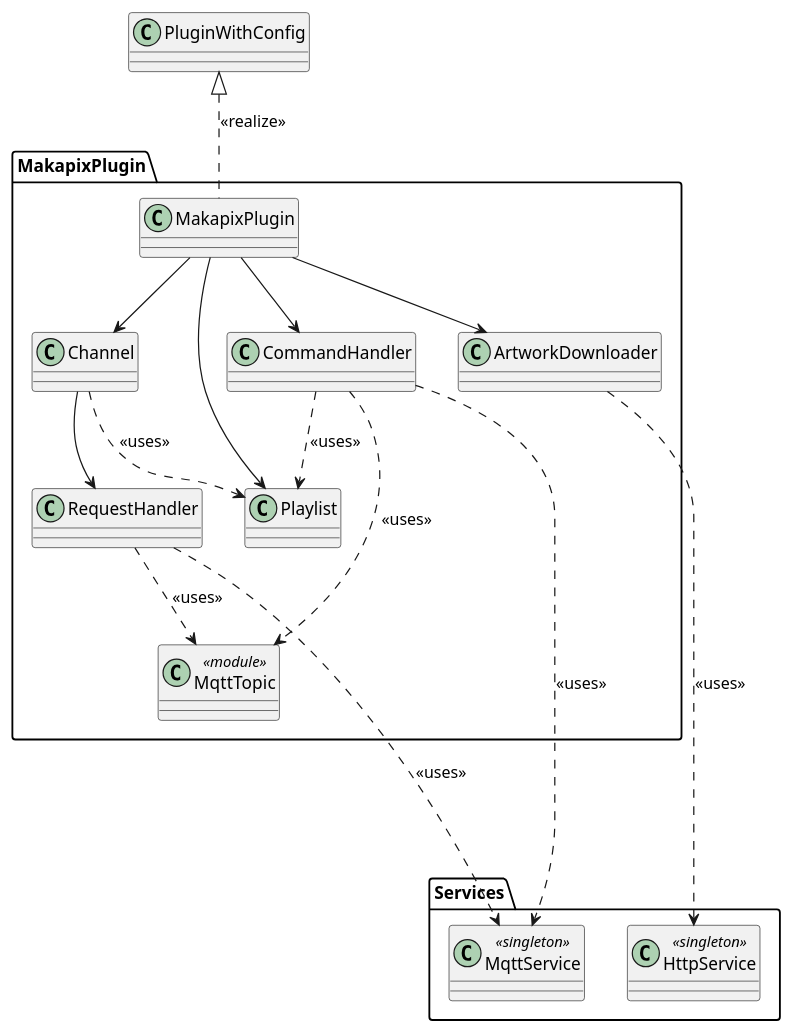
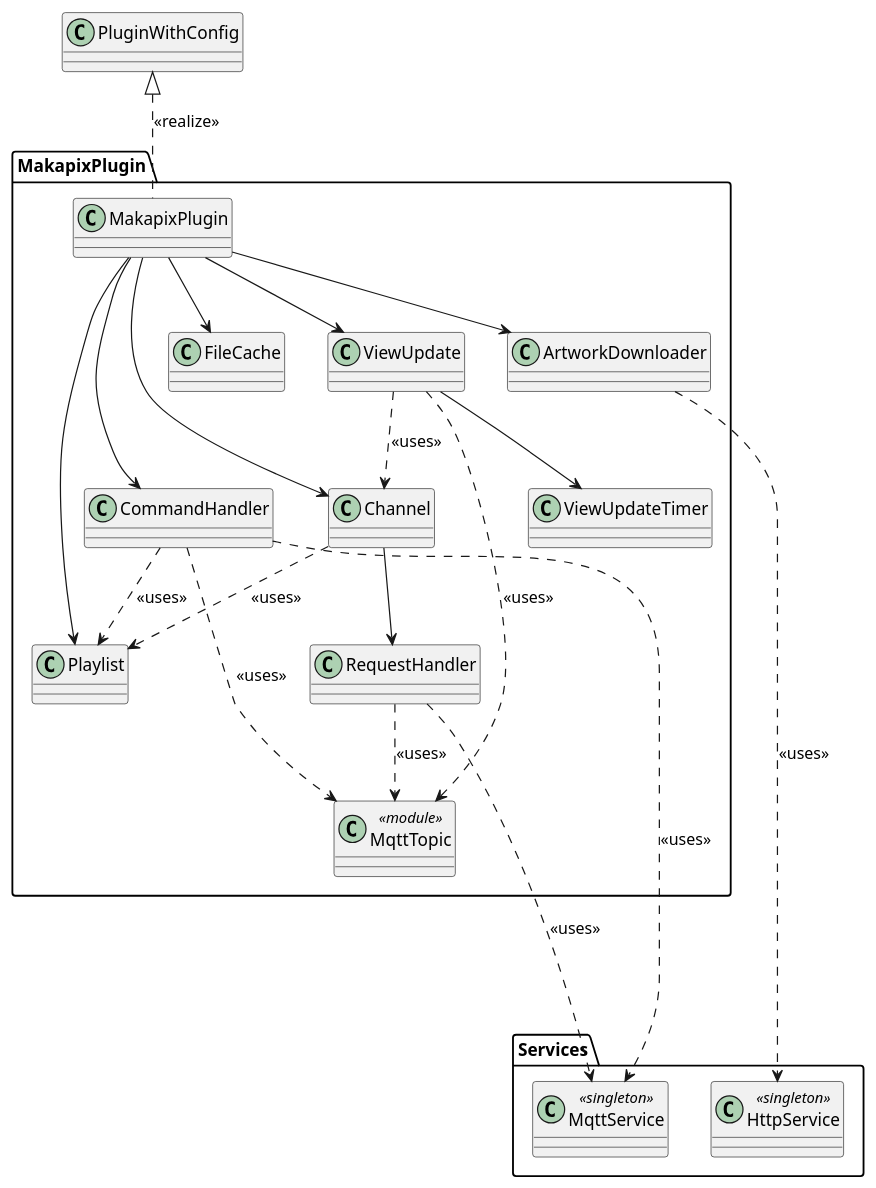
The diagram in lib/MakapixPlugin/doc/MakapixPlugin.wsd (BlueAndi/Pixelix), drawn with PlantUML before and after one commit. The commit also changed 8 other files, not shown here.

```diff
--- a/lib/MakapixPlugin/doc/MakapixPlugin.wsd
+++ b/lib/MakapixPlugin/doc/MakapixPlugin.wsd
@@ -1,38 +1,47 @@
 @startuml MakapixPlugin
 
 class "PluginWithConfig" as pluginWithConfig
 
 package "MakapixPlugin" {
-    class "MakapixPlugin" as makapixPlugin
     class "ArtworkDownloader" as artworkDownloader
     class "Channel" as channel
+    class "CommandHandler" as commandHandler
+    class "FileCache" as fileCache
+    class "MakapixPlugin" as makapixPlugin
+    class "MqttTopic" as mqttTopic<<module>>
     class "Playlist" as playlist
-    class "CommandHandler" as commandHandler
     class "RequestHandler" as requestHandler
-    class "MqttTopic" as mqttTopic<<module>>
+    class "ViewUpdate" as viewUpdate
+    class "ViewUpdateTimer" as viewUpdateTimer
 }
 
 package "Services" {
     class "HttpService" as httpService<<singleton>>
     class "MqttService" as mqttService<<singleton>>
 }
 
 pluginWithConfig <|.. makapixPlugin: <<realize>>
 makapixPlugin --> artworkDownloader
-makapixPlugin --> channel
-makapixPlugin ---> playlist
+makapixPlugin ---> channel
+makapixPlugin ----> playlist
 makapixPlugin --> commandHandler
+makapixPlugin --> fileCache
+makapixPlugin --> viewUpdate
 
 artworkDownloader .....> httpService: <<uses>>
 
 channel --> requestHandler
 channel ..> playlist: <<uses>>
 
 commandHandler .....> mqttService: <<uses>>
 commandHandler ...> mqttTopic: <<uses>>
 commandHandler ..> playlist: <<uses>>
 
 requestHandler ....> mqttService: <<uses>>
 requestHandler ..> mqttTopic: <<uses>>
 
+viewUpdate --> viewUpdateTimer
+viewUpdate ..> mqttTopic: <<uses>>
+viewUpdate ..> channel: <<uses>>
+
 @enduml
```
